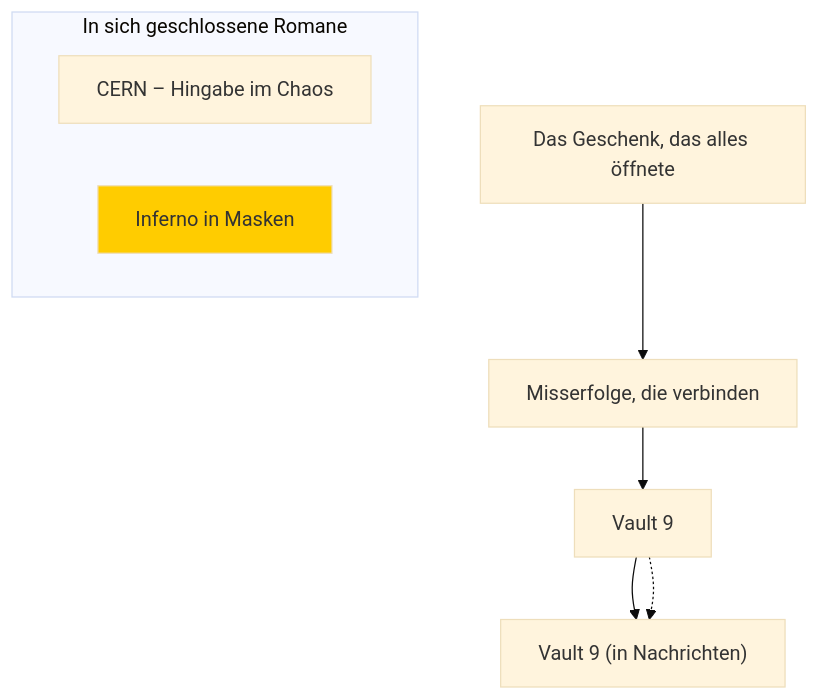
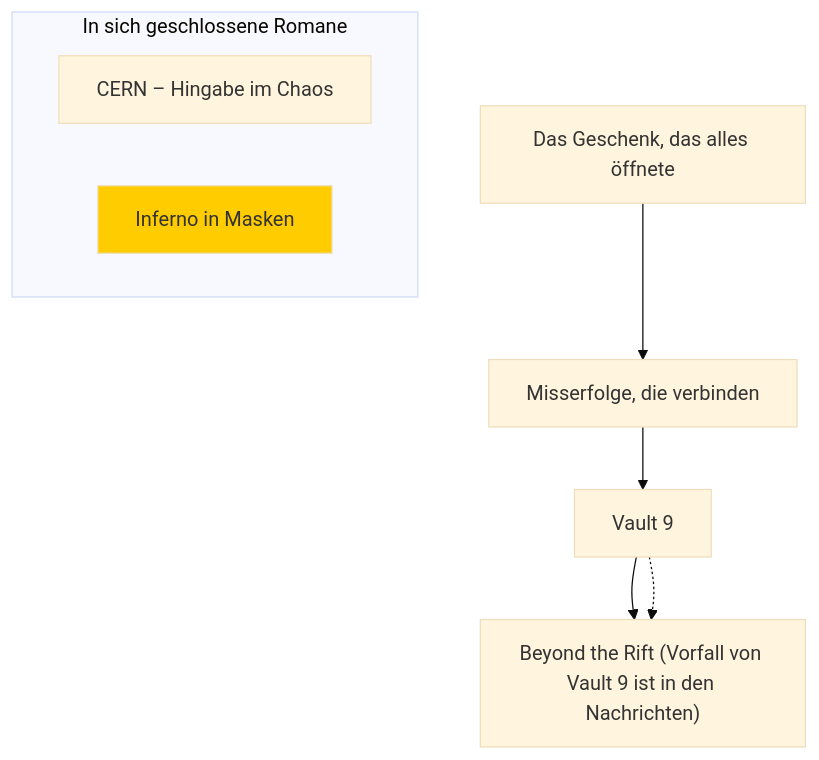
Before and after one commit to RaphaelOberhummerHTL/Romane: the diagram in README.md, drawn with Mermaid (base theme).

Commit message:
Ausbesserung des Grafens

````diff
--- a/README.md
+++ b/README.md
@@ -27,13 +27,13 @@
 ```mermaid
     graph
     A["Das Geschenk, das alles öffnete"] --> B["Misserfolge, die verbinden"]
     B --> C["Vault 9"]
     C --> D["Beyond the Rift"]
-    C -.-> D["Vault 9 (in Nachrichten)"]
+    C -.-> D["Beyond the Rift (Vorfall von Vault 9 ist in den Nachrichten)"]
     
     subgraph In sich geschlossene Romane
         E["CERN – Hingabe im Chaos"]
         F["Inferno in Masken"]
     end
     style F fill:#ffcc00
 ```
````
